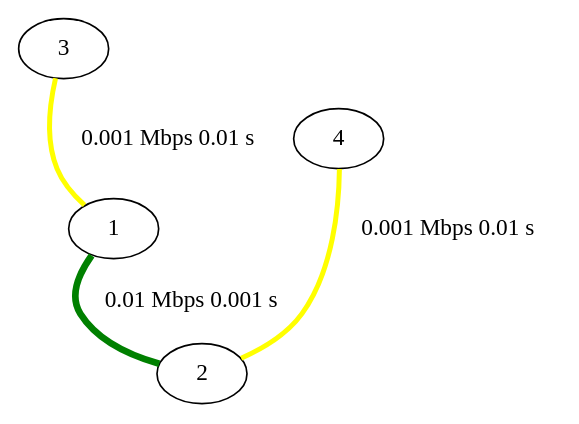
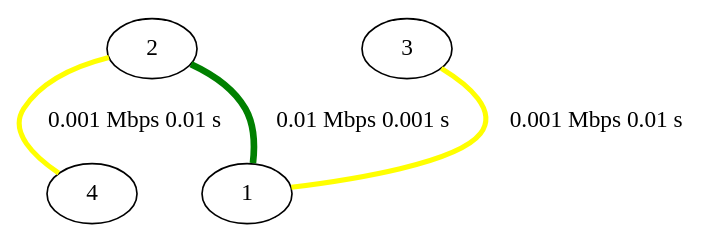
The diagram in network.gv (nonononoka/ntSimulator), drawn with Graphviz before and after one commit. The commit also changed other lines of this file and 2 other files, not shown here.

```diff
--- a/network.gv
+++ b/network.gv
@@ -1,30 +1,30 @@
 strict graph {
 
+
+	"2" [  weight=0 ];
+
+	"2" -- "1" [ color="green", label="0.01 Mbps 0.001 s
+", penwidth="4.00",  weight=0 ];
+
+	"2" -- "4" [ color="yellow", label="0.001 Mbps 0.01 s
+", penwidth="3.00",  weight=0 ];
 
 	"3" [  weight=0 ];
 
 	"3" -- "1" [ color="yellow", label="0.001 Mbps 0.01 s
 ", penwidth="3.00",  weight=0 ];
 
 	"4" [  weight=0 ];
 
 	"4" -- "2" [ color="yellow", label="0.001 Mbps 0.01 s
 ", penwidth="3.00",  weight=0 ];
 
 	"1" [  weight=0 ];
 
 	"1" -- "2" [ color="green", label="0.01 Mbps 0.001 s
 ", penwidth="4.00",  weight=0 ];
 
 	"1" -- "3" [ color="yellow", label="0.001 Mbps 0.01 s
 ", penwidth="3.00",  weight=0 ];
 
-	"2" [  weight=0 ];
-
-	"2" -- "1" [ color="green", label="0.01 Mbps 0.001 s
-", penwidth="4.00",  weight=0 ];
-
-	"2" -- "4" [ color="yellow", label="0.001 Mbps 0.01 s
-", penwidth="3.00",  weight=0 ];
-
 }
```
